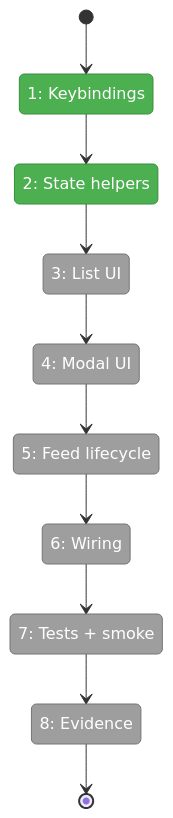
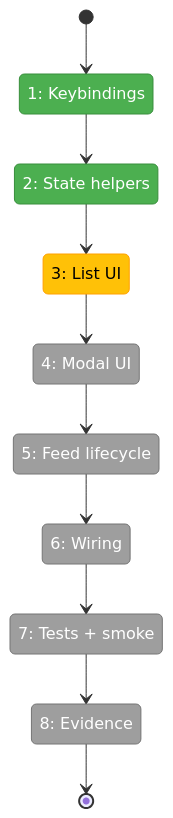
One commit to vaughanknight/pij changed the first of 2 diagrams in docs/plans/007-options-for-pi-extensions-that-do-subagents/tasks/phase-2-full-modal-minih-run-viewer/tasks.fltplan.md. Above: the diagram before and after it, drawn with Mermaid. The commit also changed other lines of this file and 3 other files, not shown here.

````diff
--- a/docs/plans/007-options-for-pi-extensions-that-do-subagents/tasks/phase-2-full-modal-minih-run-viewer/tasks.fltplan.md
+++ b/docs/plans/007-options-for-pi-extensions-that-do-subagents/tasks/phase-2-full-modal-minih-run-viewer/tasks.fltplan.md
@@ -43,29 +43,30 @@
 ```mermaid
 stateDiagram-v2
     classDef pending fill:#9E9E9E,stroke:#757575,color:#fff
     classDef active fill:#FFC107,stroke:#FFA000,color:#000
     classDef done fill:#4CAF50,stroke:#388E3C,color:#fff
     classDef blocked fill:#F44336,stroke:#D32F2F,color:#fff
 
     state "1: Keybindings" as S1
     state "2: State helpers" as S2
     state "3: List UI" as S3
     state "4: Modal UI" as S4
     state "5: Feed lifecycle" as S5
     state "6: Wiring" as S6
     state "7: Tests + smoke" as S7
     state "8: Evidence" as S8
 
     [*] --> S1
     S1 --> S2
     S2 --> S3
     S3 --> S4
     S4 --> S5
     S5 --> S6
     S6 --> S7
     S7 --> S8
     S8 --> [*]
 
     class S1,S2 done
-    class S3,S4,S5,S6,S7,S8 pending
+    class S3 active
+    class S4,S5,S6,S7,S8 pending
 ```
````
